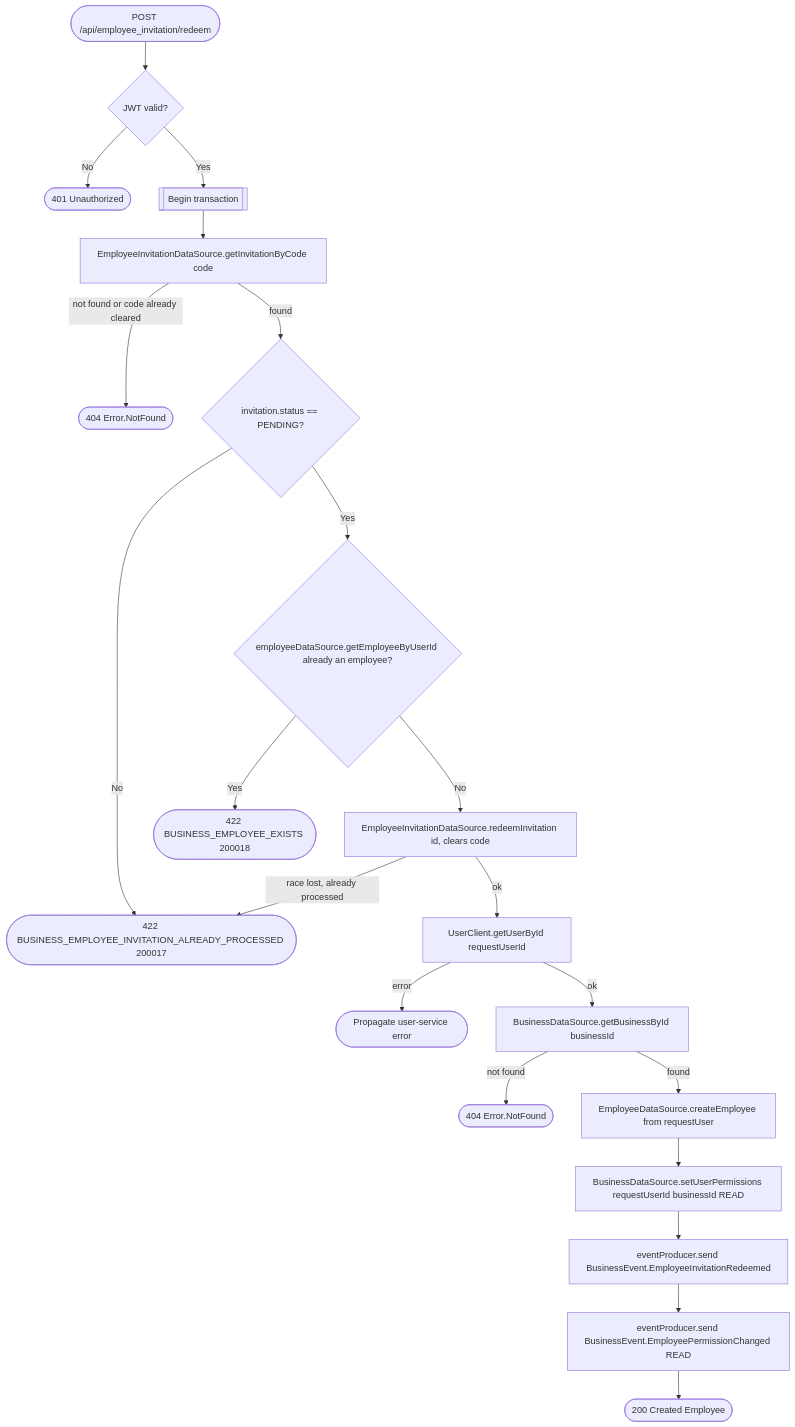
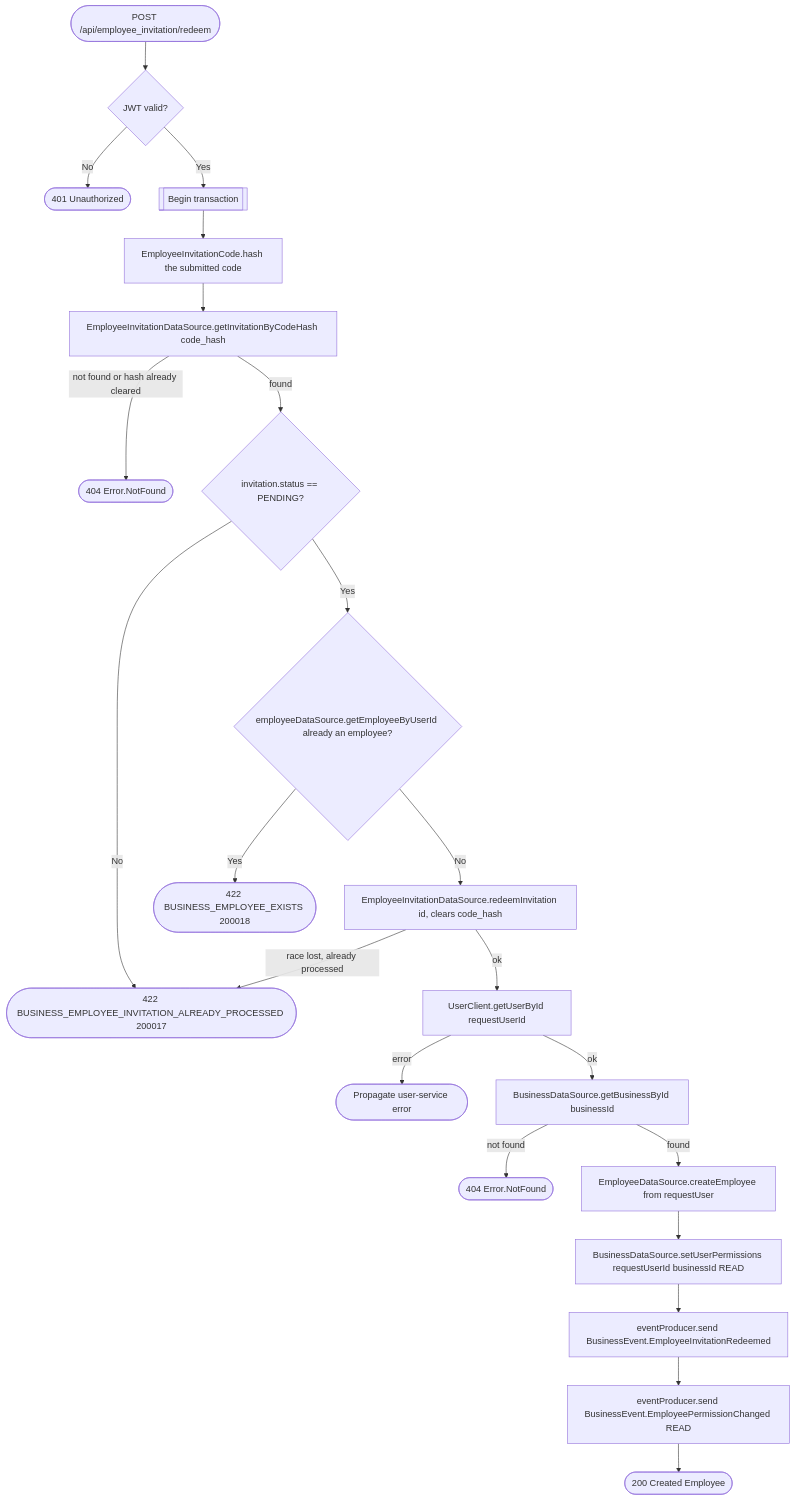
Before and after one commit to an22/bookk.me-backend: the diagram in docs/operations/business/join-business.md, drawn with Mermaid. The commit also changed other lines of this file and 16 other files, not shown here.

````diff
--- a/docs/operations/business/join-business.md
+++ b/docs/operations/business/join-business.md
@@ -20,23 +23,24 @@
 ```mermaid
 flowchart TD
     Start([POST /api/employee_invitation/redeem]) --> Auth{JWT valid?}
     Auth -- No --> R401([401 Unauthorized])
     Auth -- Yes --> Tx[[Begin transaction]]
-    Tx --> GetInvite[EmployeeInvitationDataSource.getInvitationByCode code]
-    GetInvite -- not found or code already cleared --> R404a([404 Error.NotFound])
+    Tx --> HashCode[EmployeeInvitationCode.hash the submitted code]
+    HashCode --> GetInvite[EmployeeInvitationDataSource.getInvitationByCodeHash code_hash]
+    GetInvite -- not found or hash already cleared --> R404a([404 Error.NotFound])
     GetInvite -- found --> Status{invitation.status == PENDING?}
     Status -- No --> R422a([422 BUSINESS_EMPLOYEE_INVITATION_ALREADY_PROCESSED 200017])
     Status -- Yes --> AlreadyEmployee{employeeDataSource.getEmployeeByUserId already an employee?}
     AlreadyEmployee -- Yes --> R422b([422 BUSINESS_EMPLOYEE_EXISTS 200018])
-    AlreadyEmployee -- No --> Redeem[EmployeeInvitationDataSource.redeemInvitation id, clears code]
+    AlreadyEmployee -- No --> Redeem[EmployeeInvitationDataSource.redeemInvitation id, clears code_hash]
     Redeem -- race lost, already processed --> R422a
     Redeem -- ok --> GetUser[UserClient.getUserById requestUserId]
     GetUser -- error --> RErr([Propagate user-service error])
     GetUser -- ok --> GetBiz[BusinessDataSource.getBusinessById businessId]
     GetBiz -- not found --> R404b([404 Error.NotFound])
     GetBiz -- found --> CreateEmployee[EmployeeDataSource.createEmployee from requestUser]
     CreateEmployee --> SetPerm[BusinessDataSource.setUserPermissions requestUserId businessId READ]
     SetPerm --> Event[eventProducer.send BusinessEvent.EmployeeInvitationRedeemed]
     Event --> PermEvent[eventProducer.send BusinessEvent.EmployeePermissionChanged READ]
     PermEvent --> R200([200 Created Employee])
 ```
````
